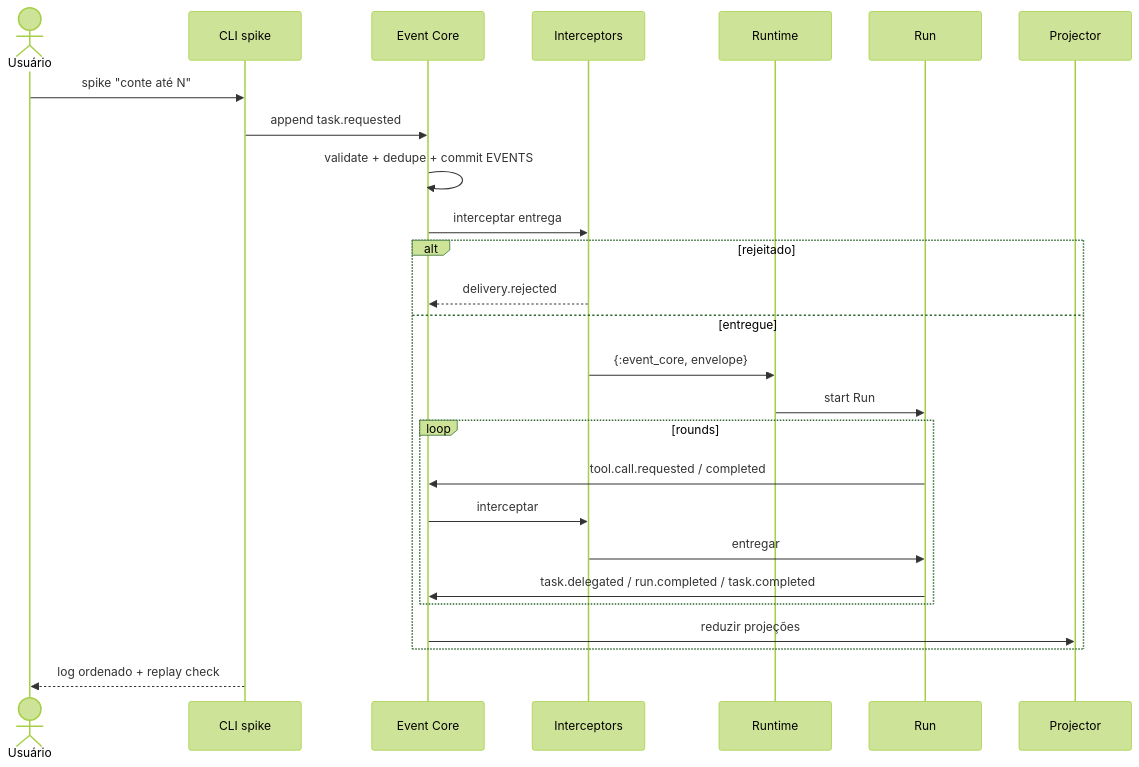
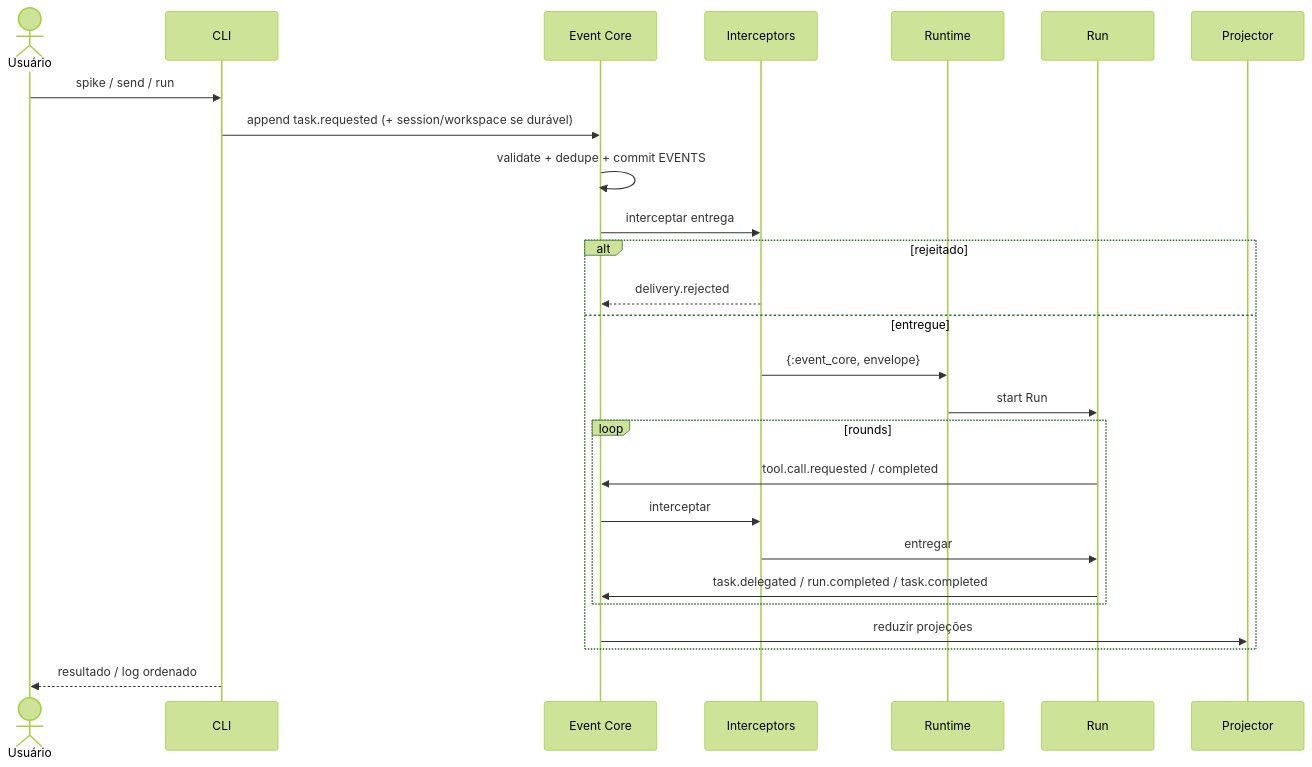
Before and after one commit to This-Is-NPC/omunculus: the diagram in docs/as-is/architecture.md, drawn with Mermaid (forest theme). The commit also changed other lines of this file and 2 other files, not shown here.

First line of the commit message:
docs(as-is): photograph session workspaces

````diff
--- a/docs/as-is/architecture.md
+++ b/docs/as-is/architecture.md
@@ -65,29 +90,29 @@
 ```mermaid
 sequenceDiagram
     actor U as Usuário
-    participant C as CLI spike
+    participant C as CLI
     participant EC as Event Core
     participant I as Interceptors
     participant RT as Runtime
     participant R as Run
     participant P as Projector
 
-    U->>C: spike "conte até N"
-    C->>EC: append task.requested
+    U->>C: spike / send / run
+    C->>EC: append task.requested (+ session/workspace se durável)
     EC->>EC: validate + dedupe + commit EVENTS
     EC->>I: interceptar entrega
     alt rejeitado
         I-->>EC: delivery.rejected
     else entregue
         I->>RT: {:event_core, envelope}
         RT->>R: start Run
         loop rounds
             R->>EC: tool.call.requested / completed
             EC->>I: interceptar
             I->>R: entregar
             R->>EC: task.delegated / run.completed / task.completed
         end
         EC->>P: reduzir projeções
     end
-    C-->>U: log ordenado + replay check
+    C-->>U: resultado / log ordenado
 ```
````
